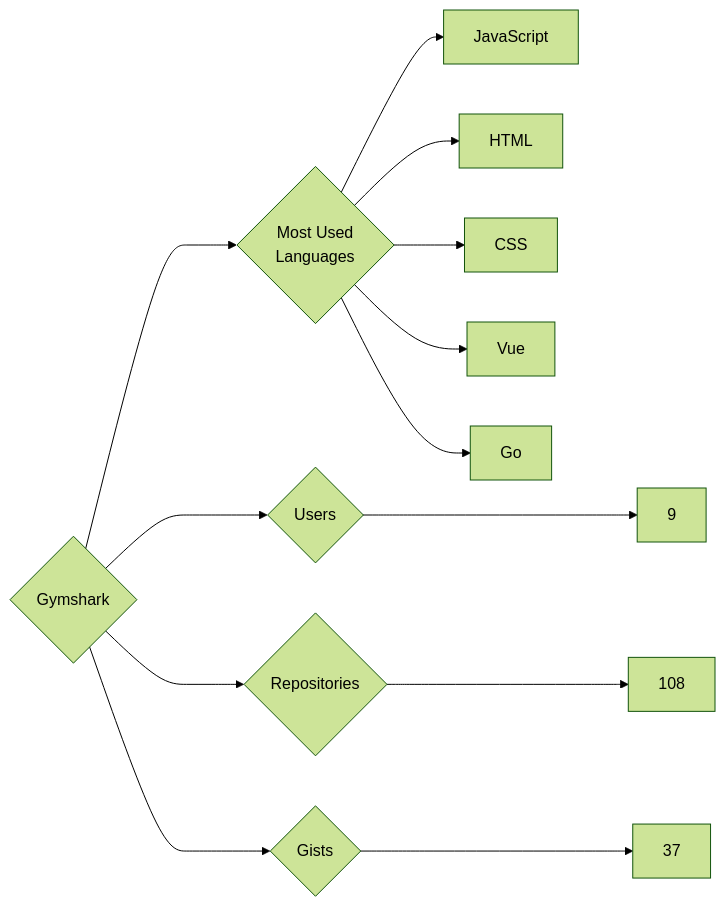
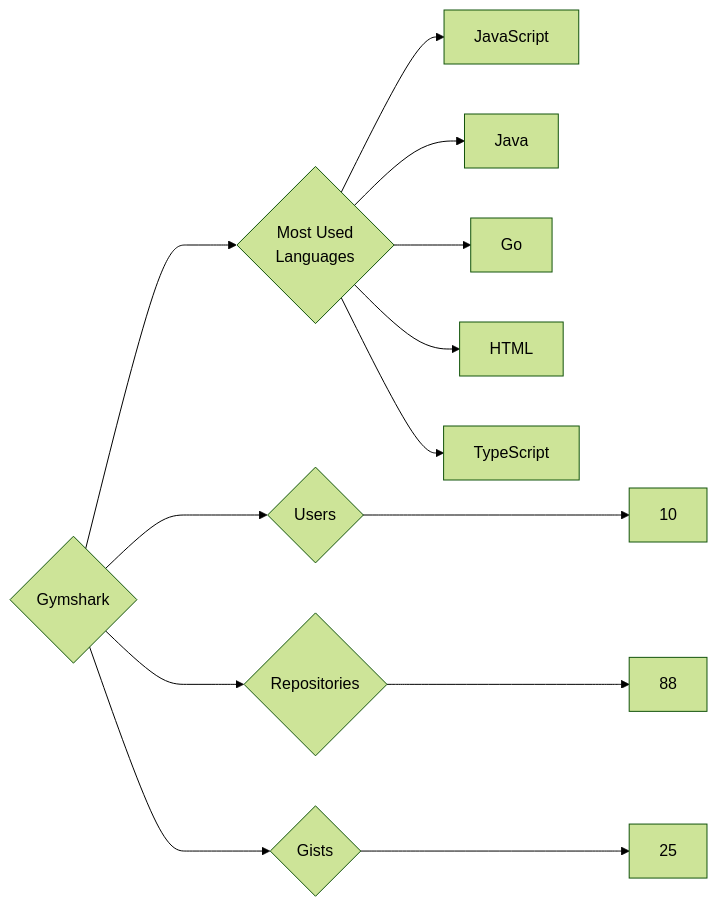
One commit to trickest/insiders changed the diagram in targets/Gymshark/README.md. Above: the diagram before and after it, drawn with Mermaid (forest theme). The commit also changed 891 other files, not shown here.

````diff
--- a/targets/Gymshark/README.md
+++ b/targets/Gymshark/README.md
@@ -3,13 +3,13 @@
 ```mermaid
 graph LR
 COMPANY_NAME{Gymshark}
-COMPANY_NAME ---> U{Users} ---> UN[9]
-COMPANY_NAME ---> R{Repositories} ---> RN[108]
-COMPANY_NAME ---> G{Gists} ---> GN[37]
+COMPANY_NAME ---> U{Users} ---> UN[10]
+COMPANY_NAME ---> R{Repositories} ---> RN[88]
+COMPANY_NAME ---> G{Gists} ---> GN[25]
 COMPANY_NAME ---> ML{Most Used<br>Languages}
 ML --> JavaScript[JavaScript]
+ML --> Java[Java]
+ML --> Go[Go]
 ML --> HTML[HTML]
-ML --> CSS[CSS]
-ML --> Vue[Vue]
-ML --> Go[Go]
+ML --> TypeScript[TypeScript]
 ```
````
